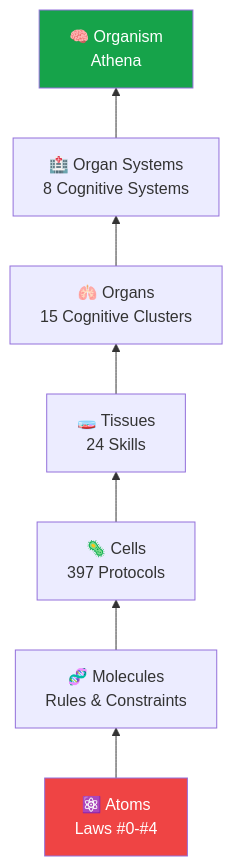
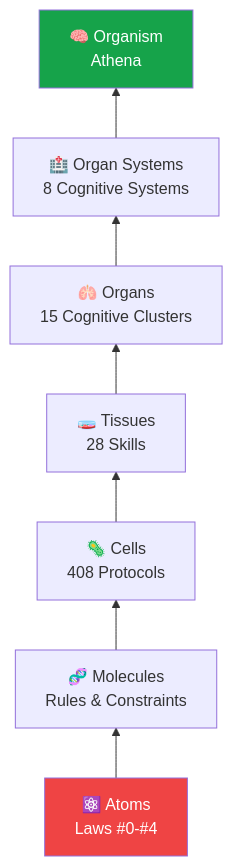
Before and after one commit to agent-memory-atlas-archive/winstonkoh87--Athena-Public: the second of 9 diagrams in docs/ARCHITECTURE.md, drawn with Mermaid. The commit also changed other lines of this file and 7 other files, not shown here.

````diff
--- a/docs/ARCHITECTURE.md
+++ b/docs/ARCHITECTURE.md
@@ -181,12 +181,12 @@
 ```mermaid
 graph BT
     L1["⚛️ Atoms<br/>Laws #0-#4"] --> L2["🧬 Molecules<br/>Rules & Constraints"]
-    L2 --> L3["🦠 Cells<br/>397 Protocols"]
-    L3 --> L4["🧫 Tissues<br/>24 Skills"]
+    L2 --> L3["🦠 Cells<br/>408 Protocols"]
+    L3 --> L4["🧫 Tissues<br/>28 Skills"]
     L4 --> L5["🫁 Organs<br/>15 Cognitive Clusters"]
     L5 --> L6["🏥 Organ Systems<br/>8 Cognitive Systems"]
     L6 --> L7["🧠 Organism<br/>Athena"]
 
     style L1 fill:#ef4444,color:#fff
     style L7 fill:#16a34a,color:#fff
 ```
````
